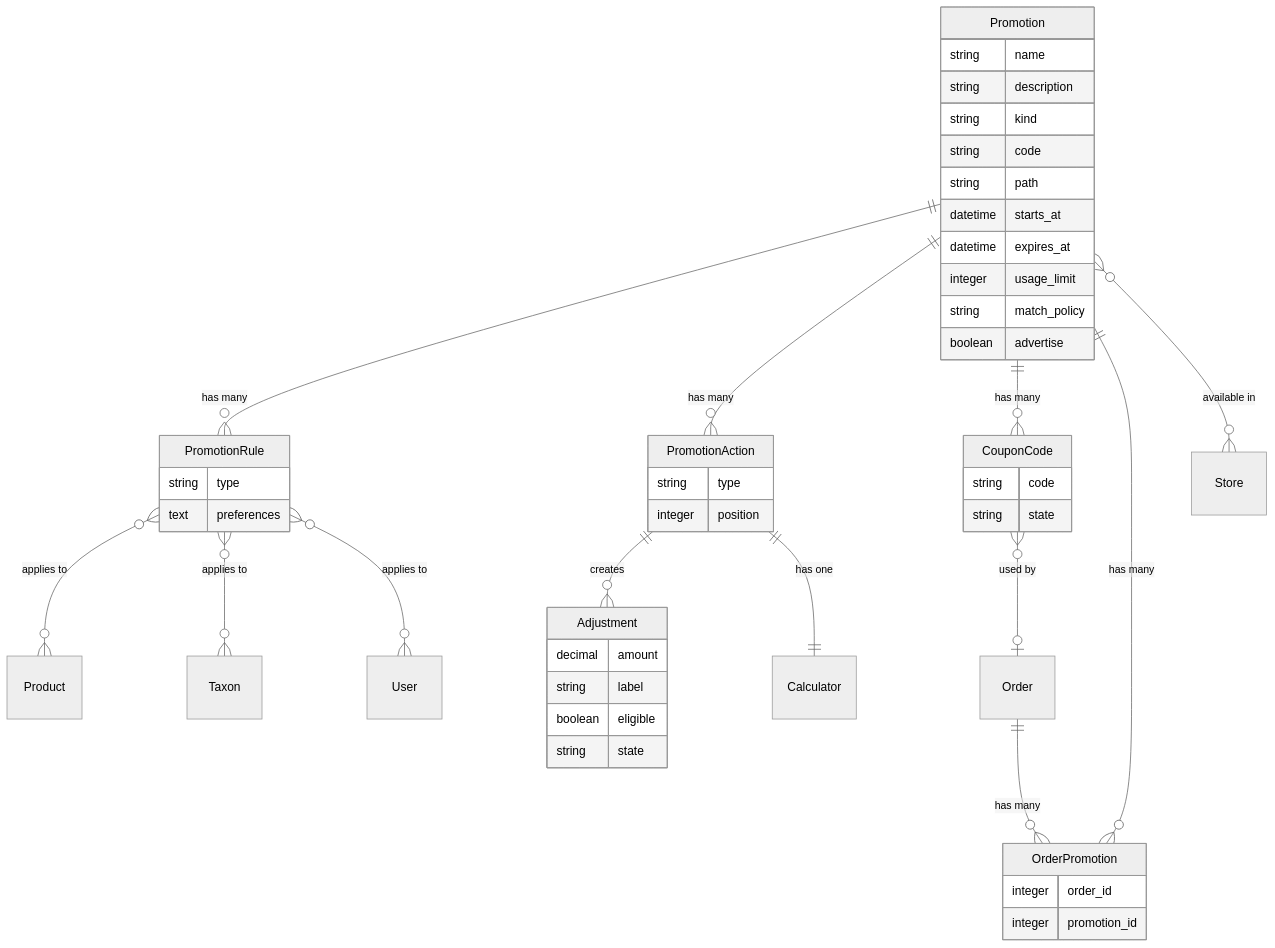
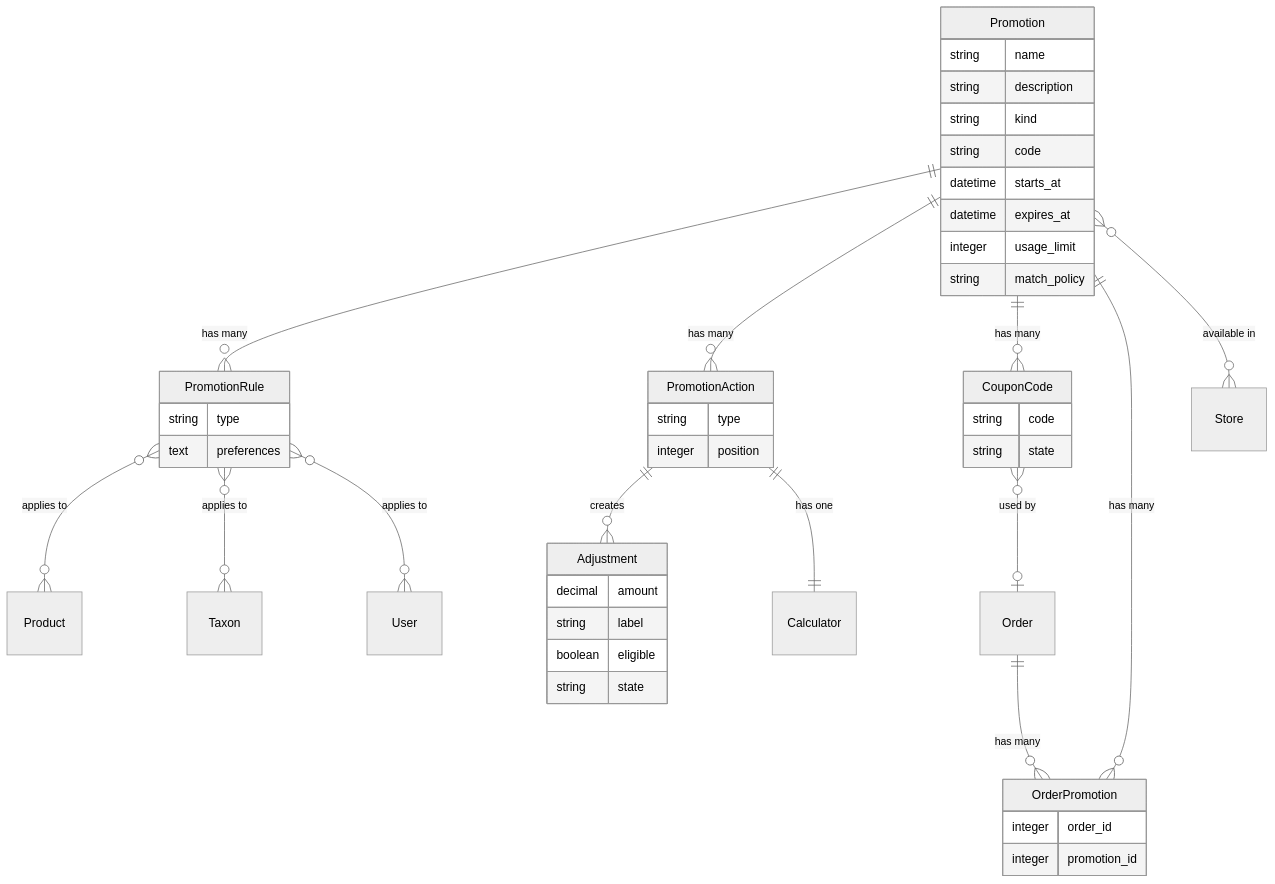
Before and after one commit to stevenbian9266-cyber/pallastrade: the diagram in platform/docs/developer/core-concepts/promotions.mdx, drawn with Mermaid (neutral theme). The commit also changed other lines of this file and 39 other files, not shown here.

````diff
--- a/platform/docs/developer/core-concepts/promotions.mdx
+++ b/platform/docs/developer/core-concepts/promotions.mdx
@@ -12,55 +12,53 @@
 ```mermaid
 erDiagram
     Promotion {
         string name
         string description
         string kind
         string code
-        string path
         datetime starts_at
         datetime expires_at
         integer usage_limit
         string match_policy
-        boolean advertise
     }
 
     PromotionRule {
         string type
         text preferences
     }
 
     PromotionAction {
         string type
         integer position
     }
 
     CouponCode {
         string code
         string state
     }
 
     OrderPromotion {
         integer order_id
         integer promotion_id
     }
 
     Adjustment {
         decimal amount
         string label
         boolean eligible
         string state
     }
 
     Promotion ||--o{ PromotionRule : "has many"
     Promotion ||--o{ PromotionAction : "has many"
     Promotion ||--o{ CouponCode : "has many"
     Promotion ||--o{ OrderPromotion : "has many"
     Promotion }o--o{ Store : "available in"
     PromotionRule }o--o{ Product : "applies to"
     PromotionRule }o--o{ Taxon : "applies to"
     PromotionRule }o--o{ User : "applies to"
     PromotionAction ||--o{ Adjustment : "creates"
     PromotionAction ||--|| Calculator : "has one"
     Order ||--o{ OrderPromotion : "has many"
     CouponCode }o--o| Order : "used by"
 ```
````
